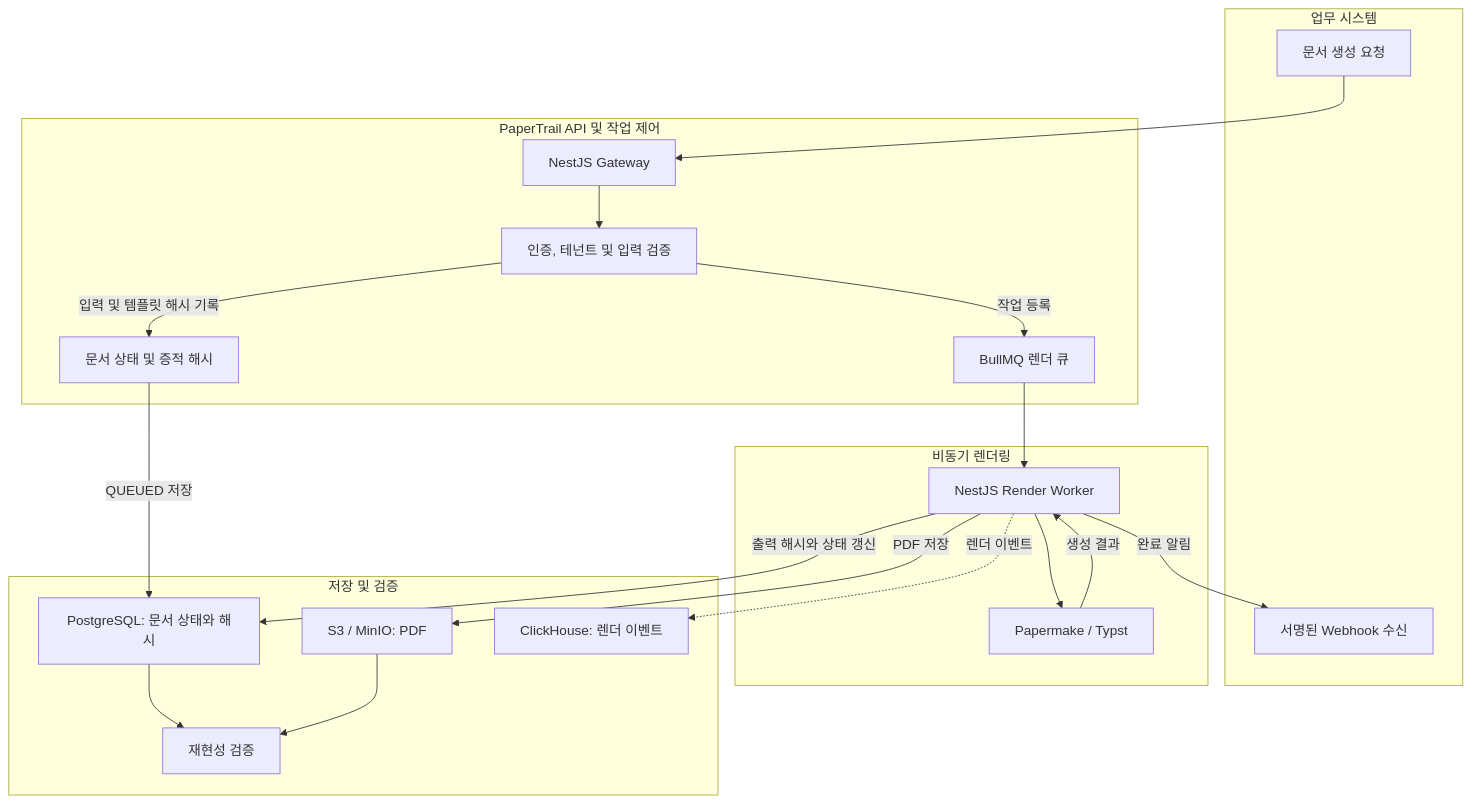
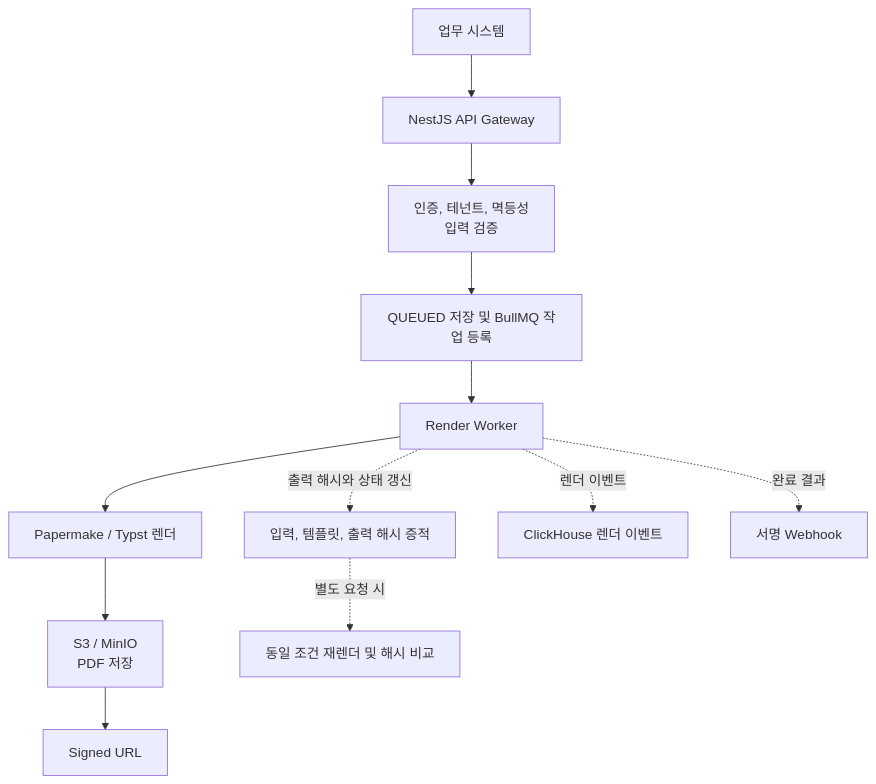
One commit to KimHG1995/work-history changed the diagram in projects/papertrail/platform.md. Above: the diagram before and after it, drawn with Mermaid. The commit also changed other lines of this file, not shown here.

Commit message:
docs: align diagrams with documented implementations

````diff
--- a/projects/papertrail/platform.md
+++ b/projects/papertrail/platform.md
@@ -130,39 +130,14 @@
 ```mermaid
-flowchart TB
-    subgraph requester["업무 시스템"]
-        client["문서 생성 요청"]
-        webhook["서명된 Webhook 수신"]
-    end
-
-    subgraph core["PaperTrail API 및 작업 제어"]
-        gateway["NestJS Gateway"]
-        validation["인증, 테넌트 및 입력 검증"]
-        queue["BullMQ 렌더 큐"]
-        evidence["문서 상태 및 증적 해시"]
-    end
-
-    subgraph rendering["비동기 렌더링"]
-        worker["NestJS Render Worker"]
-        renderer["Papermake / Typst"]
-    end
-
-    subgraph storage["저장 및 검증"]
-        files["S3 / MinIO: PDF"]
-        metadata["PostgreSQL: 문서 상태와 해시"]
-        verify["재현성 검증"]
-        analytics["ClickHouse: 렌더 이벤트"]
-    end
-
-    client --> gateway --> validation
-    validation -->|입력 및 템플릿 해시 기록| evidence
-    evidence -->|QUEUED 저장| metadata
-    validation -->|작업 등록| queue
-    queue --> worker --> renderer
-    renderer -->|생성 결과| worker
-    worker -->|PDF 저장| files
-    worker -->|출력 해시와 상태 갱신| metadata
-    worker -.->|렌더 이벤트| analytics
-    worker -->|완료 알림| webhook
-    metadata --> verify
-    files --> verify
+flowchart TD
+    client["업무 시스템"] --> gateway["NestJS API Gateway"]
+    gateway --> auth["인증, 테넌트, 멱등성<br/>입력 검증"]
+    auth --> queue["QUEUED 저장 및 BullMQ 작업 등록"]
+    queue --> worker["Render Worker"]
+    worker --> renderer["Papermake / Typst 렌더"]
+    renderer --> storage["S3 / MinIO<br/>PDF 저장"]
+    worker -.->|출력 해시와 상태 갱신| evidence["입력, 템플릿, 출력 해시 증적"]
+    worker -.->|렌더 이벤트| analytics["ClickHouse 렌더 이벤트"]
+    worker -.->|완료 결과| webhook["서명 Webhook"]
+    storage --> signed["Signed URL"]
+    evidence -.->|별도 요청 시| verify["동일 조건 재렌더 및 해시 비교"]
 ```
````
